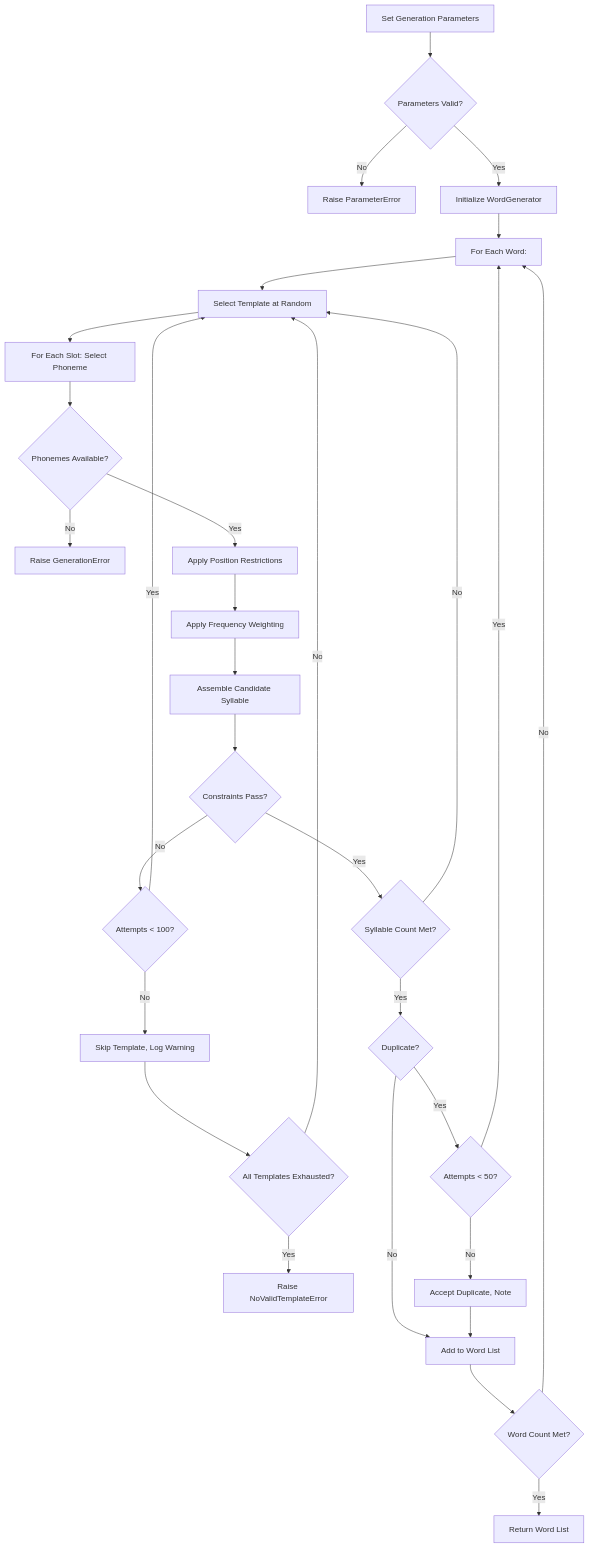
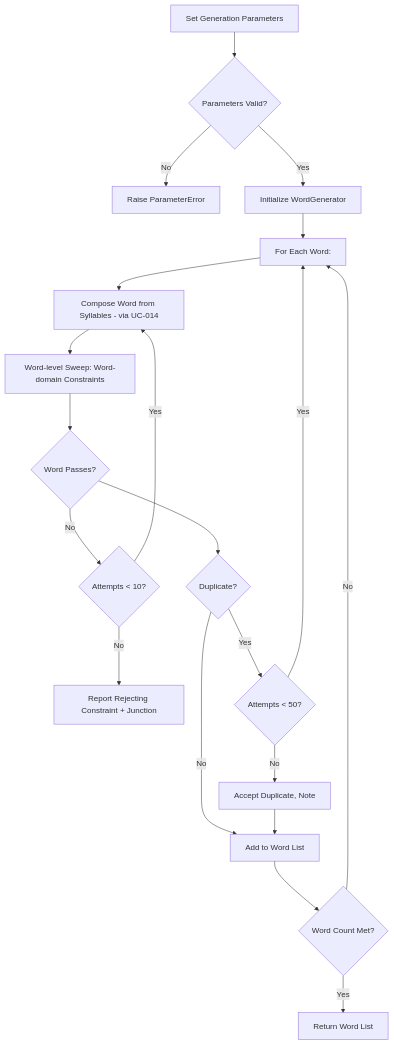
Before and after one commit to Danweel/LatticeLang: the diagram in docs/source/use_cases/user_goal_level/UC-04_generate_words.rst, drawn with Mermaid. The commit also changed other lines of this file and 151 other files, not shown here.

```diff
--- a/docs/source/use_cases/user_goal_level/UC-04_generate_words.rst
+++ b/docs/source/use_cases/user_goal_level/UC-04_generate_words.rst
@@ -205,32 +199,22 @@
 .. mermaid::
 
    graph TD
        A[Set Generation Parameters] --> B{Parameters Valid?}
        B -->|No| C[Raise ParameterError]
        B -->|Yes| D[Initialize WordGenerator]
        D --> E[For Each Word:]
-       E --> F[Select Template at Random]
-       F --> G[For Each Slot: Select Phoneme]
-       G --> H{Phonemes Available?}
-       H -->|No| I[Raise GenerationError]
-       H -->|Yes| J[Apply Position Restrictions]
-       J --> K[Apply Frequency Weighting]
-       K --> L[Assemble Candidate Syllable]
-       L --> M{Constraints Pass?}
-       M -->|Yes| N{Syllable Count Met?}
-       M -->|No| O{Attempts < 100?}
-       O -->|Yes| F
-       O -->|No| P[Skip Template, Log Warning]
-       P --> Q{All Templates Exhausted?}
-       Q -->|Yes| R[Raise NoValidTemplateError]
-       Q -->|No| F
-       N -->|No| F
-       N -->|Yes| S{Duplicate?}
-       S -->|Yes| T{Attempts < 50?}
-       T -->|Yes| E
-       T -->|No| U[Accept Duplicate, Note]
-       S -->|No| V[Add to Word List]
-       U --> V
-       V --> W{Word Count Met?}
-       W -->|Yes| X[Return Word List]
-       W -->|No| E
+       E --> F[Compose Word from Syllables - via UC-014]
+       F --> G[Word-level Sweep: Word-domain Constraints]
+       G --> H{Word Passes?}
+       H -->|No| I{Attempts < 10?}
+       I -->|Yes| F
+       I -->|No| J[Report Rejecting Constraint + Junction]
+       H --> K{Duplicate?}
+       K -->|Yes| L{Attempts < 50?}
+       L -->|Yes| E
+       L -->|No| M[Accept Duplicate, Note]
+       K -->|No| N[Add to Word List]
+       M --> N
+       N --> O{Word Count Met?}
+       O -->|Yes| P[Return Word List]
+       O -->|No| E
```
